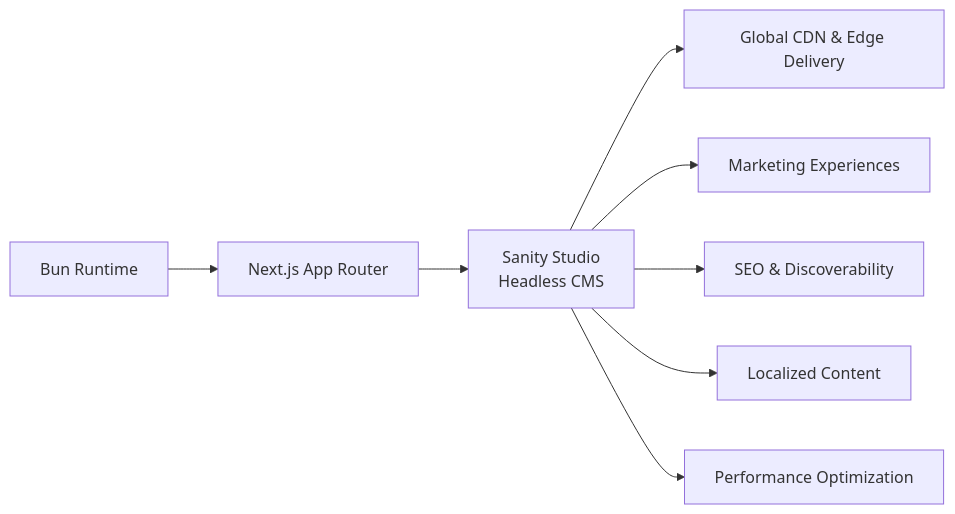
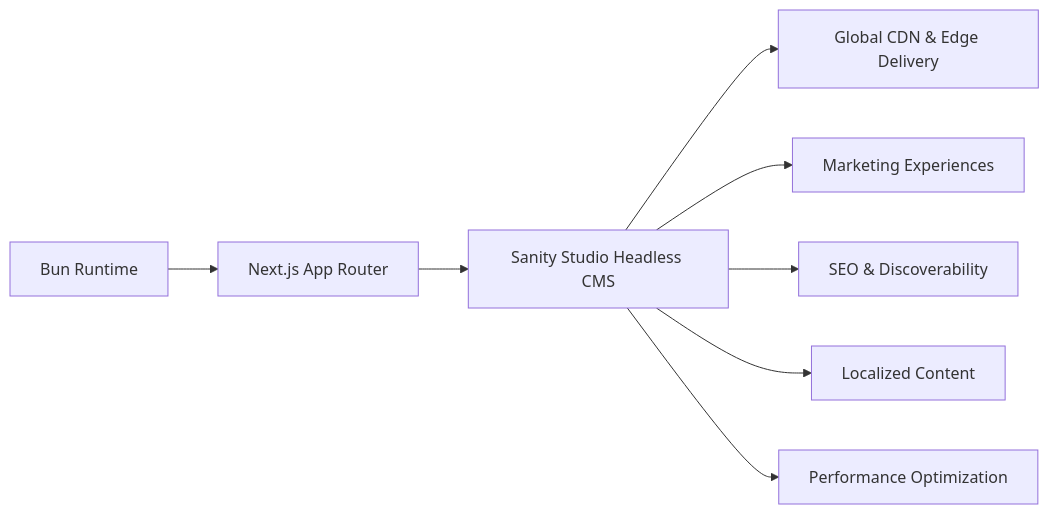
One commit to seanwhs/Plans changed the first of 4 diagrams in Architeture-of-Choice.md. Above: the diagram before and after it, drawn with Mermaid. The commit also changed other lines of this file, not shown here.

````diff
--- a/Architeture-of-Choice.md
+++ b/Architeture-of-Choice.md
@@ -50,14 +21,12 @@
 ```mermaid
 flowchart LR
-    A[Bun Runtime]
-    B[Next.js App Router]
-    C[Sanity Studio<br/>Headless CMS]
-    D[Global CDN & Edge Delivery]
-
-    A --> B --> C --> D
-
+    A[Bun Runtime] --> B[Next.js App Router]
+    B --> C[Sanity Studio Headless CMS]
+    C --> D[Global CDN & Edge Delivery]
+    
     C --> E[Marketing Experiences]
     C --> F[SEO & Discoverability]
     C --> G[Localized Content]
     C --> H[Performance Optimization]
+
 ```
````
